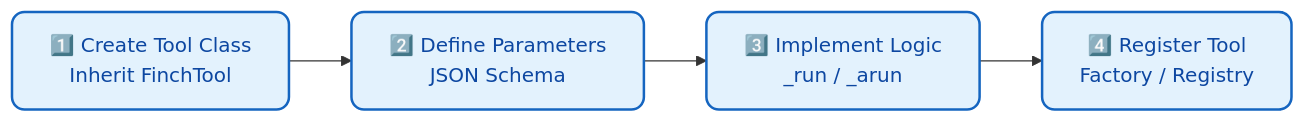
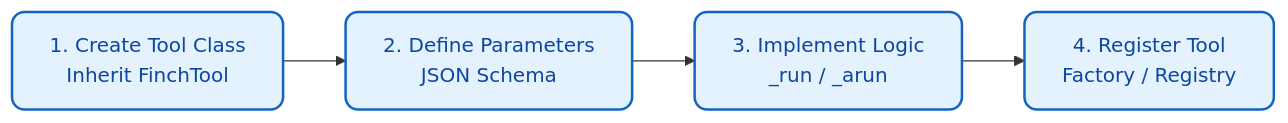
The first of 4 diagrams in docs/en-US/guide/extension.md (xt765/FinchBot), drawn with Mermaid before and after one commit. The commit also changed other lines of this file and 18 other files, not shown here.

First line of the commit message:
docs: 简化架构图并删除所有mermaid图中的表情包

````diff
--- a/docs/en-US/guide/extension.md
+++ b/docs/en-US/guide/extension.md
@@ -21,9 +21,8 @@
 ```mermaid
 flowchart LR
-    %% Style Definitions
     classDef step fill:#e3f2fd,stroke:#1565c0,stroke-width:2px,color:#0d47a1,rx:10,ry:10;
 
-    A["1️⃣ Create Tool Class<br/>Inherit FinchTool"]:::step --> B["2️⃣ Define Parameters<br/>JSON Schema"]:::step
-    B --> C["3️⃣ Implement Logic<br/>_run / _arun"]:::step
-    C --> D["4️⃣ Register Tool<br/>Factory / Registry"]:::step
+    A["1. Create Tool Class<br/>Inherit FinchTool"]:::step --> B["2. Define Parameters<br/>JSON Schema"]:::step
+    B --> C["3. Implement Logic<br/>_run / _arun"]:::step
+    C --> D["4. Register Tool<br/>Factory / Registry"]:::step
 ```
````
